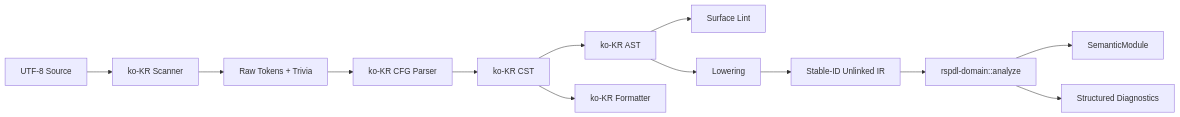
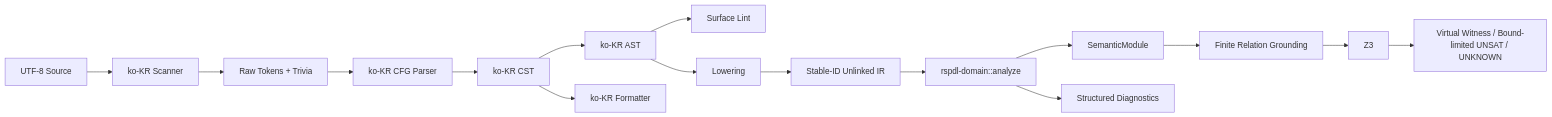
Before and after one commit to rspdl/rspdl-core: the second of 3 diagrams in docs/architecture.md, drawn with Mermaid. The commit also changed other lines of this file and 8 other files, not shown here.

````diff
--- a/docs/architecture.md
+++ b/docs/architecture.md
@@ -125,15 +126,18 @@
 ```mermaid
 flowchart LR
     SRC["UTF-8 Source"] --> SCAN["ko-KR Scanner"]
     SCAN --> TOK["Raw Tokens + Trivia"]
     TOK --> PARSE["ko-KR CFG Parser"]
     PARSE --> CST["ko-KR CST"]
     CST --> AST["ko-KR AST"]
     AST --> LINT["Surface Lint"]
     AST --> LOWER["Lowering"]
     LOWER --> UIR["Stable-ID Unlinked IR"]
     UIR --> ANALYZE["rspdl-domain::analyze"]
     ANALYZE --> SM["SemanticModule"]
     ANALYZE --> DIAG["Structured Diagnostics"]
+    SM --> GROUND["Finite Relation Grounding"]
+    GROUND --> Z3["Z3"]
+    Z3 --> MODEL["Virtual Witness / Bound-limited UNSAT / UNKNOWN"]
     CST --> FORMAT["ko-KR Formatter"]
 ```
````
